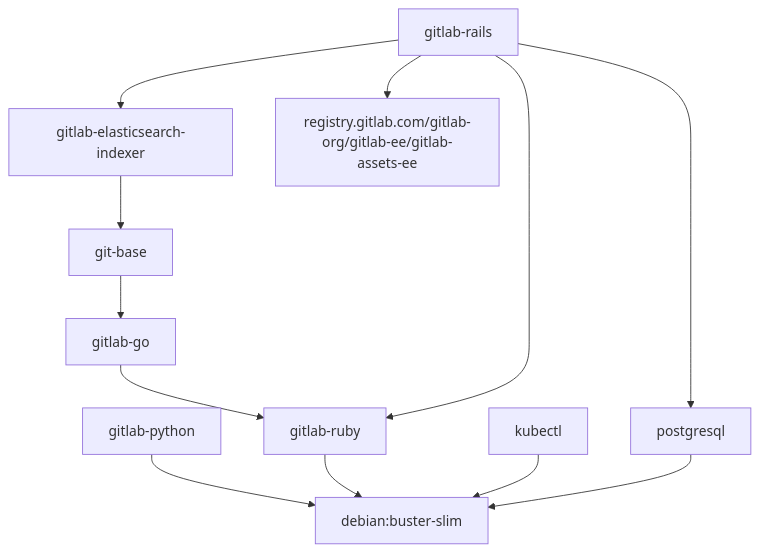
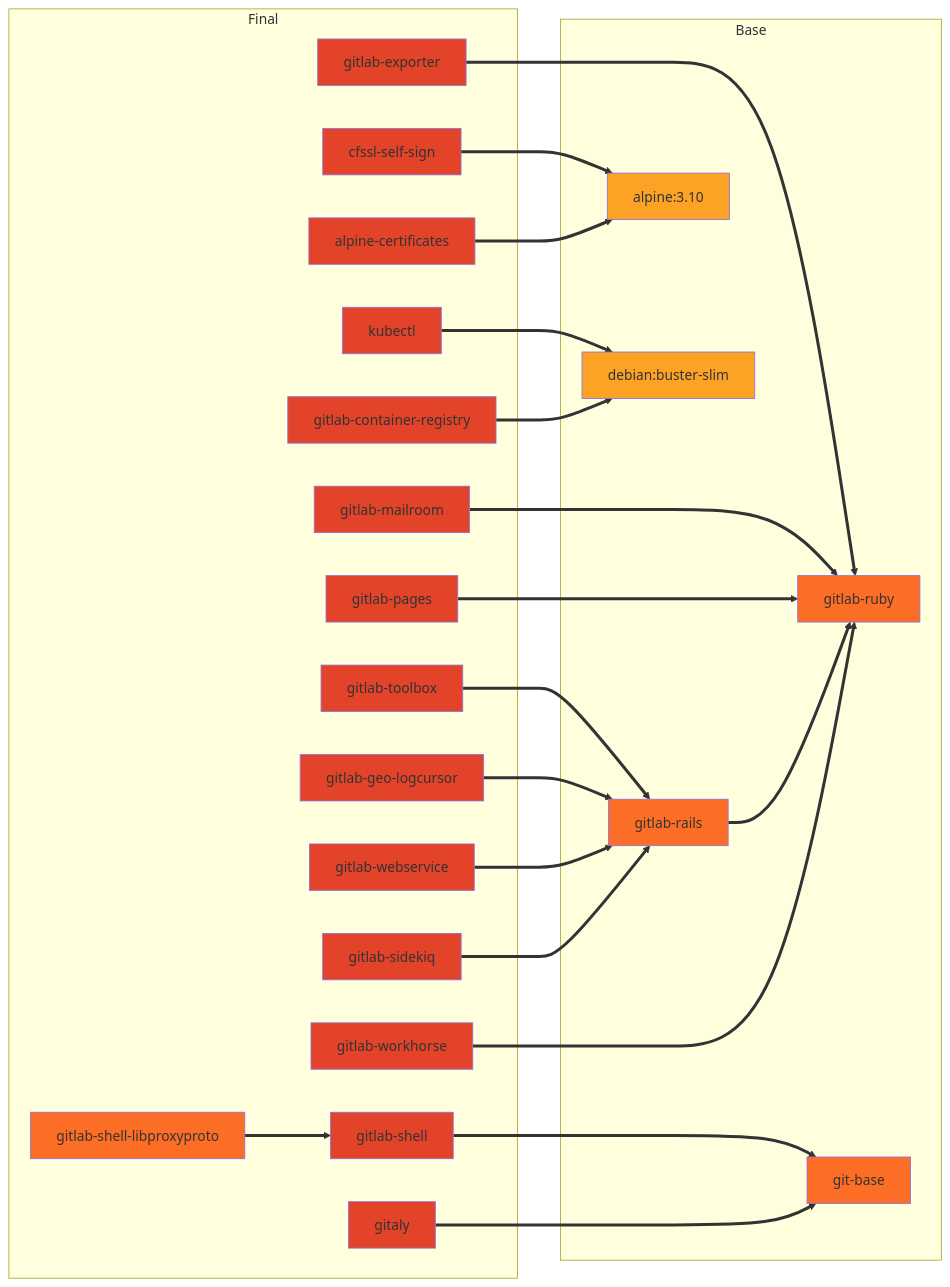
The first of 2 diagrams in docs/build.md (tachyons/gitlab-pages), drawn with Mermaid before and after one commit. The commit also changed other lines of this file, not shown here.

Commit message:
Docs: Update build.md with dependency graph

````diff
--- a/docs/build.md
+++ b/docs/build.md
@@ -165,14 +178,54 @@
 ```mermaid
-graph TD;
-  git-base-->gitlab-go;
-  gitlab-elasticsearch-indexer-->git-base;
-  gitlab-go-->gitlab-ruby;
-  gitlab-python-->debian:buster-slim;
-  gitlab-rails-->gitlab-elasticsearch-indexer;
-  gitlab-rails-->postgresql;
-  gitlab-ruby-->debian:buster-slim;
-  kubectl-->debian:buster-slim;
-  postgresql-->debian:buster-slim;
-  gitlab-rails-->gitlab-ruby;
-  gitlab-rails-->registry.gitlab.com/gitlab-org/gitlab-ee/gitlab-assets-ee
+graph LR;
+  subgraph Final
+    gitlab-toolbox:::final
+    gitlab-webservice:::final
+    gitlab-workhorse:::final
+    gitlab-sidekiq:::final
+    gitlab-geo-logcursor:::final
+    gitlab-exporter:::final
+    gitlab-mailroom:::final
+    gitlab-shell:::final
+    gitlab-shell-libproxyproto
+    gitlab-pages:::final
+    gitaly:::final
+    kubectl:::final
+    gitlab-container-registry:::final
+    alpine-certificates:::final
+    cfssl-self-sign:::final
+  end
+
+  subgraph Base
+    gitlab-ruby
+    gitlab-rails
+    git-base
+    alpine[alpine:3.10]:::external;
+    debian[debian:buster-slim]:::external;
+  end
+
+  kubectl==>debian;
+  cfssl-self-sign==>alpine;
+  alpine-certificates==>alpine;
+
+  gitlab-toolbox==>gitlab-rails;
+  gitlab-geo-logcursor==>gitlab-rails;
+  gitlab-webservice==>gitlab-rails;
+  gitlab-sidekiq==>gitlab-rails;
+
+  gitlab-exporter==>gitlab-ruby;
+  gitlab-mailroom===>gitlab-ruby;
+  gitlab-pages===>gitlab-ruby
+  gitlab-rails==>gitlab-ruby;
+  gitlab-workhorse===>gitlab-ruby
+
+  gitlab-shell===>git-base;
+
+  gitlab-shell-libproxyproto==>gitlab-shell;
+
+  gitaly===>git-base;
+  gitlab-container-registry==>debian
+
+  classDef default fill:#fc6d26;
+  classDef external fill:#fca326;
+  classDef final fill:#e24329;
 ```
````
